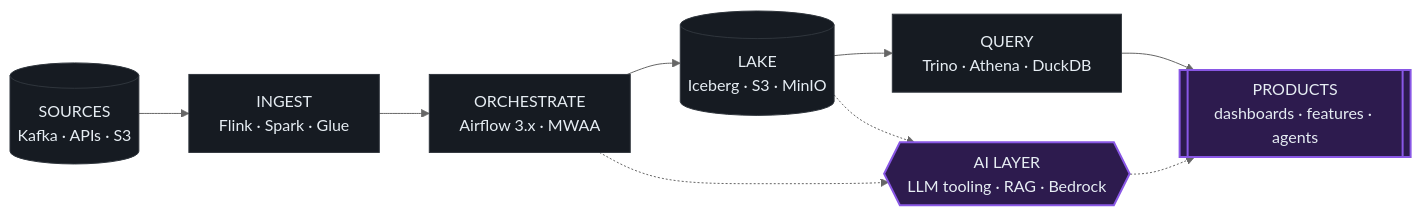
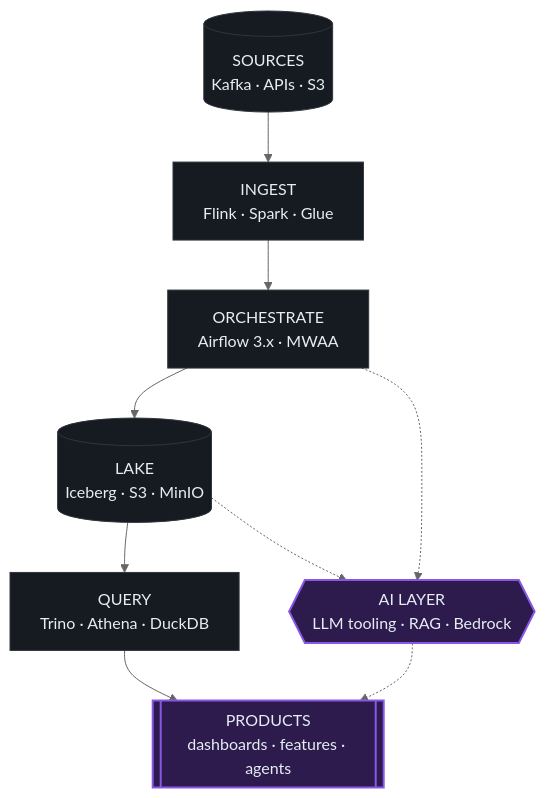
One commit to avikbesu/avikbesu changed the diagram in README.md. Above: the diagram before and after it, drawn with Mermaid (neutral theme).

Commit message:
Change flowchart direction from LR to TD
Updated flowchart direction in README.

````diff
--- a/README.md
+++ b/README.md
@@ -20,19 +20,19 @@
 ```mermaid
-flowchart LR
+flowchart TD
     A[("SOURCES<br/>Kafka · APIs · S3")]
     B["INGEST<br/>Flink · Spark · Glue"]
     C["ORCHESTRATE<br/>Airflow 3.x · MWAA"]
     D[("LAKE<br/>Iceberg · S3 · MinIO")]
     E["QUERY<br/>Trino · Athena · DuckDB"]
     F{{"AI LAYER<br/>LLM tooling · RAG · Bedrock"}}
     G[["PRODUCTS<br/>dashboards · features · agents"]]
 
     A --> B --> C --> D --> E --> G
     D -.-> F -.-> G
     C -.-> F
 
     classDef ai fill:#2D1B4E,stroke:#8957E5,stroke-width:2px,color:#E6EDF3;
     classDef core fill:#161B22,stroke:#30363D,color:#E6EDF3;
     class F,G ai;
     class A,B,C,D,E core;
 ```
````
